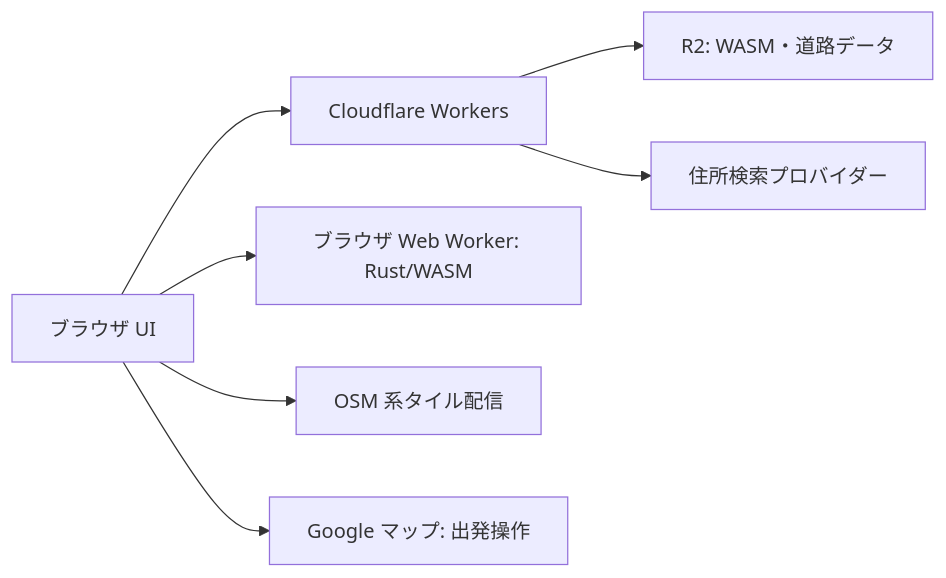
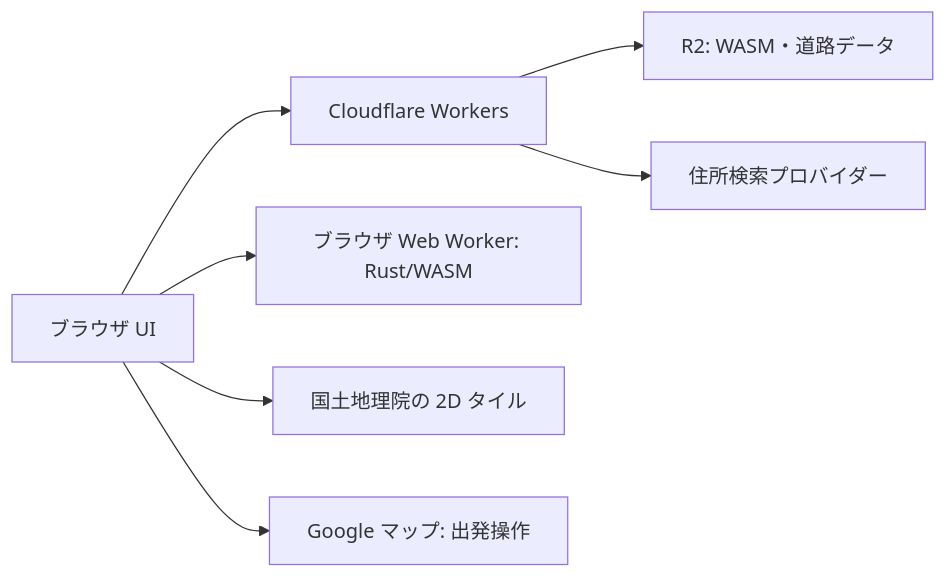
The first of 2 diagrams in docs/architecture.md (japan4415/shutoko-sim), drawn with Mermaid before and after one commit. The commit also changed other lines of this file and 22 other files, not shown here.

````diff
--- a/docs/architecture.md
+++ b/docs/architecture.md
@@ -7,9 +7,9 @@
 ```mermaid
 flowchart LR
   U[ブラウザ UI] --> W[Cloudflare Workers]
   W --> R[R2: WASM・道路データ]
   W --> G[住所検索プロバイダー]
   U --> B[ブラウザ Web Worker: Rust/WASM]
-  U --> T[OSM 系タイル配信]
+  U --> T[国土地理院の 2D タイル]
   U --> M[Google マップ: 出発操作]
 ```
````
